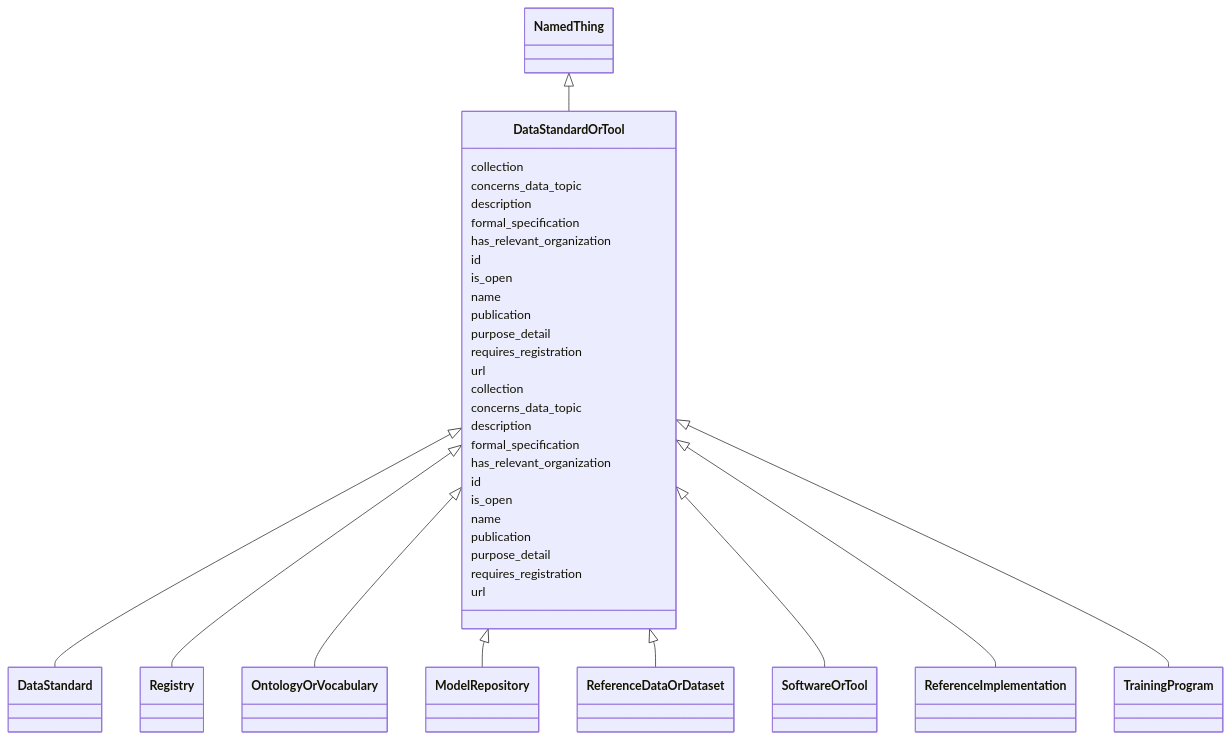
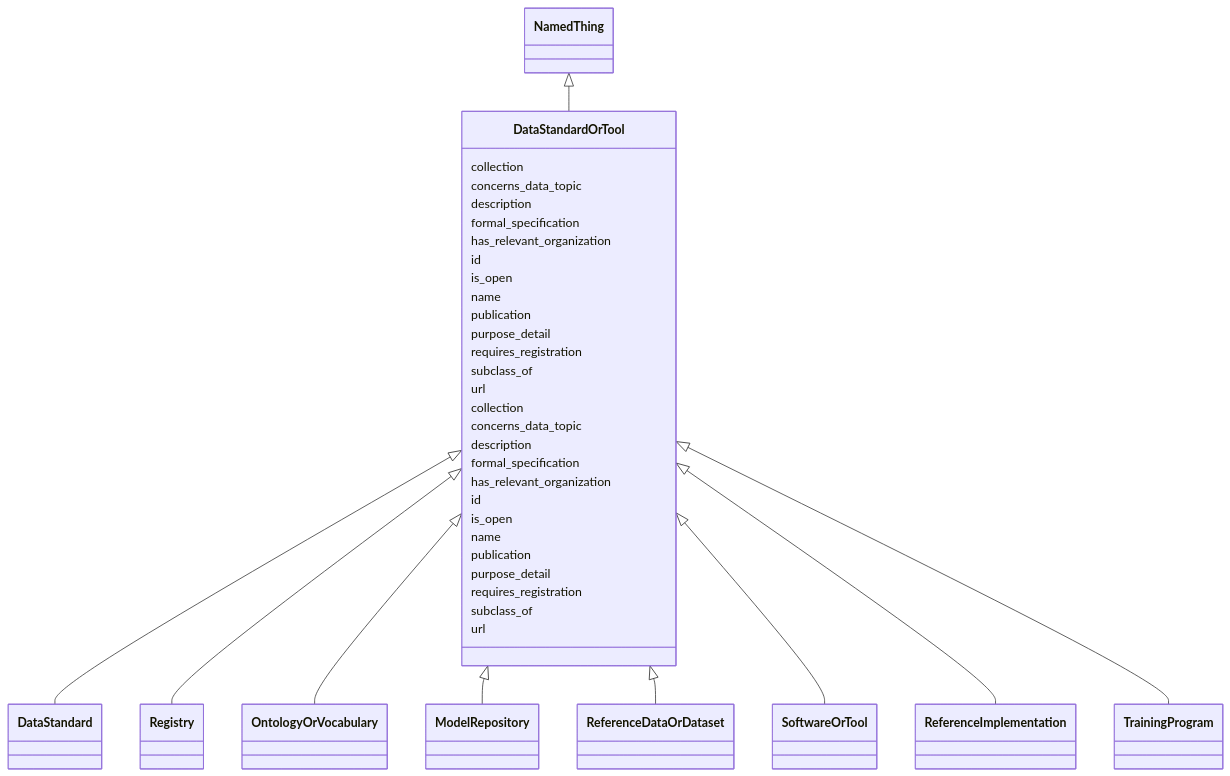
Before and after one commit to bridge2ai/standards-schemas: the diagram in docs/DataStandardOrTool.md, drawn with Mermaid. The commit also changed other lines of this file and 57 other files, not shown here.

````diff
--- a/docs/DataStandardOrTool.md
+++ b/docs/DataStandardOrTool.md
@@ -10,42 +11,44 @@
 ```mermaid
  classDiagram
     class DataStandardOrTool
       NamedThing <|-- DataStandardOrTool
       
       DataStandardOrTool : collection
       DataStandardOrTool : concerns_data_topic
       DataStandardOrTool : description
       DataStandardOrTool : formal_specification
       DataStandardOrTool : has_relevant_organization
       DataStandardOrTool : id
       DataStandardOrTool : is_open
       DataStandardOrTool : name
       DataStandardOrTool : publication
       DataStandardOrTool : purpose_detail
       DataStandardOrTool : requires_registration
+      DataStandardOrTool : subclass_of
       DataStandardOrTool : url
       
 
       DataStandardOrTool <|-- DataStandard
       DataStandardOrTool <|-- Registry
       DataStandardOrTool <|-- OntologyOrVocabulary
       DataStandardOrTool <|-- ModelRepository
       DataStandardOrTool <|-- ReferenceDataOrDataset
       DataStandardOrTool <|-- SoftwareOrTool
       DataStandardOrTool <|-- ReferenceImplementation
       DataStandardOrTool <|-- TrainingProgram
       
       DataStandardOrTool : collection
       DataStandardOrTool : concerns_data_topic
       DataStandardOrTool : description
       DataStandardOrTool : formal_specification
       DataStandardOrTool : has_relevant_organization
       DataStandardOrTool : id
       DataStandardOrTool : is_open
       DataStandardOrTool : name
       DataStandardOrTool : publication
       DataStandardOrTool : purpose_detail
       DataStandardOrTool : requires_registration
+      DataStandardOrTool : subclass_of
       DataStandardOrTool : url
       
 ```
````
